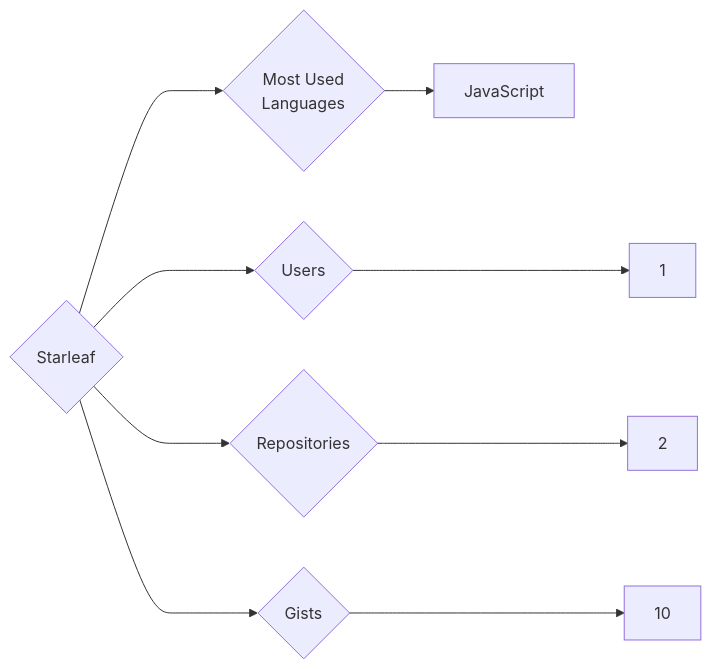
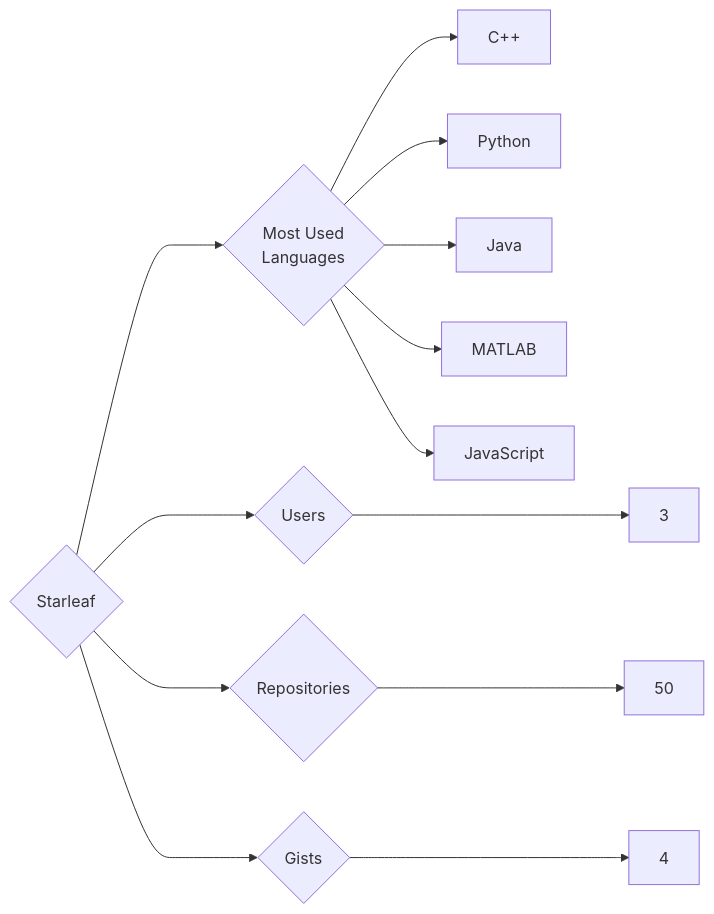
The diagram in targets/Starleaf/README.md (trickest/insiders), drawn with Mermaid before and after one commit. The commit also changed 948 other files, not shown here.

````diff
--- a/targets/Starleaf/README.md
+++ b/targets/Starleaf/README.md
@@ -3,9 +3,13 @@
 ```mermaid
 graph LR
 COMPANY_NAME{Starleaf}
-COMPANY_NAME ---> U{Users} ---> UN[1]
-COMPANY_NAME ---> R{Repositories} ---> RN[2]
-COMPANY_NAME ---> G{Gists} ---> GN[10]
+COMPANY_NAME ---> U{Users} ---> UN[3]
+COMPANY_NAME ---> R{Repositories} ---> RN[50]
+COMPANY_NAME ---> G{Gists} ---> GN[4]
 COMPANY_NAME ---> ML{Most Used<br>Languages}
+ML --> C++[C++]
+ML --> Python[Python]
+ML --> Java[Java]
+ML --> MATLAB[MATLAB]
 ML --> JavaScript[JavaScript]
 ```
````
